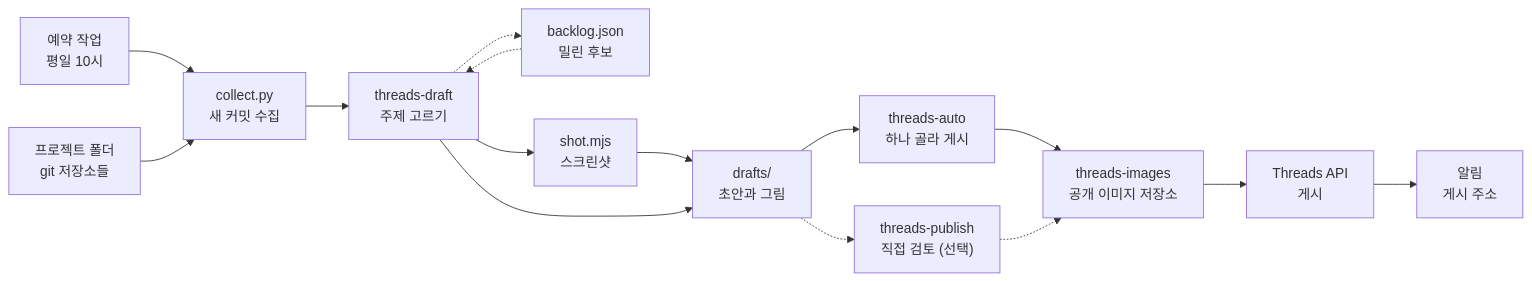
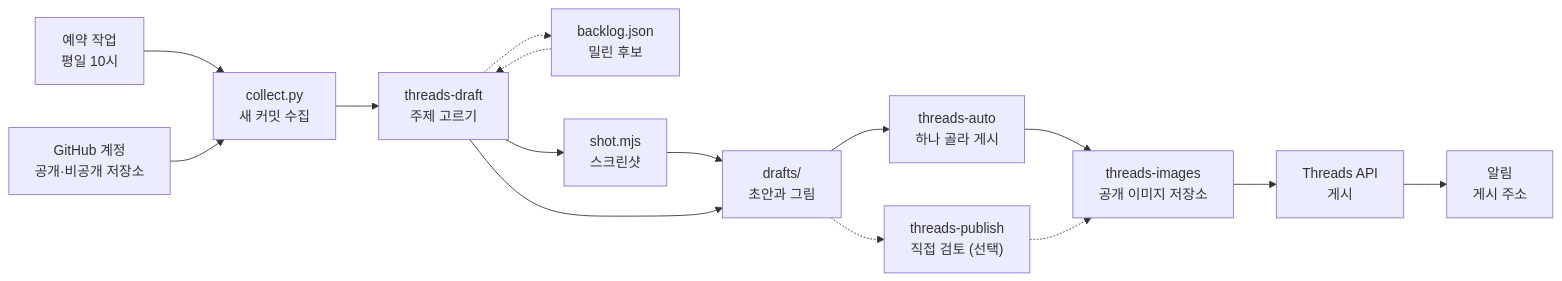
Before and after one commit to mivomad33/thread-manager: the diagram in README.md, drawn with Mermaid. The commit also changed other lines of this file and 7 other files, not shown here.

First line of the commit message:
Collect commits from every GitHub repository instead of the local projects folder

````diff
--- a/README.md
+++ b/README.md
@@ -33,17 +33,17 @@
 ```mermaid
 flowchart LR
   S["예약 작업<br/>평일 10시"] --> B["collect.py<br/>새 커밋 수집"]
-  A["프로젝트 폴더<br/>git 저장소들"] --> B
+  A["GitHub 계정<br/>공개·비공개 저장소"] --> B
   B --> C["threads-draft<br/>주제 고르기"]
   K["backlog.json<br/>밀린 후보"] -.-> C
   C -.-> K
   C --> D["shot.mjs<br/>스크린샷"]
   D --> E["drafts/<br/>초안과 그림"]
   C --> E
   E --> F["threads-auto<br/>하나 골라 게시"]
   E -.-> P["threads-publish<br/>직접 검토 (선택)"]
   F --> G["threads-images<br/>공개 이미지 저장소"]
   P -.-> G
   G --> H["Threads API<br/>게시"]
   H --> N["알림<br/>게시 주소"]
 ```
````
